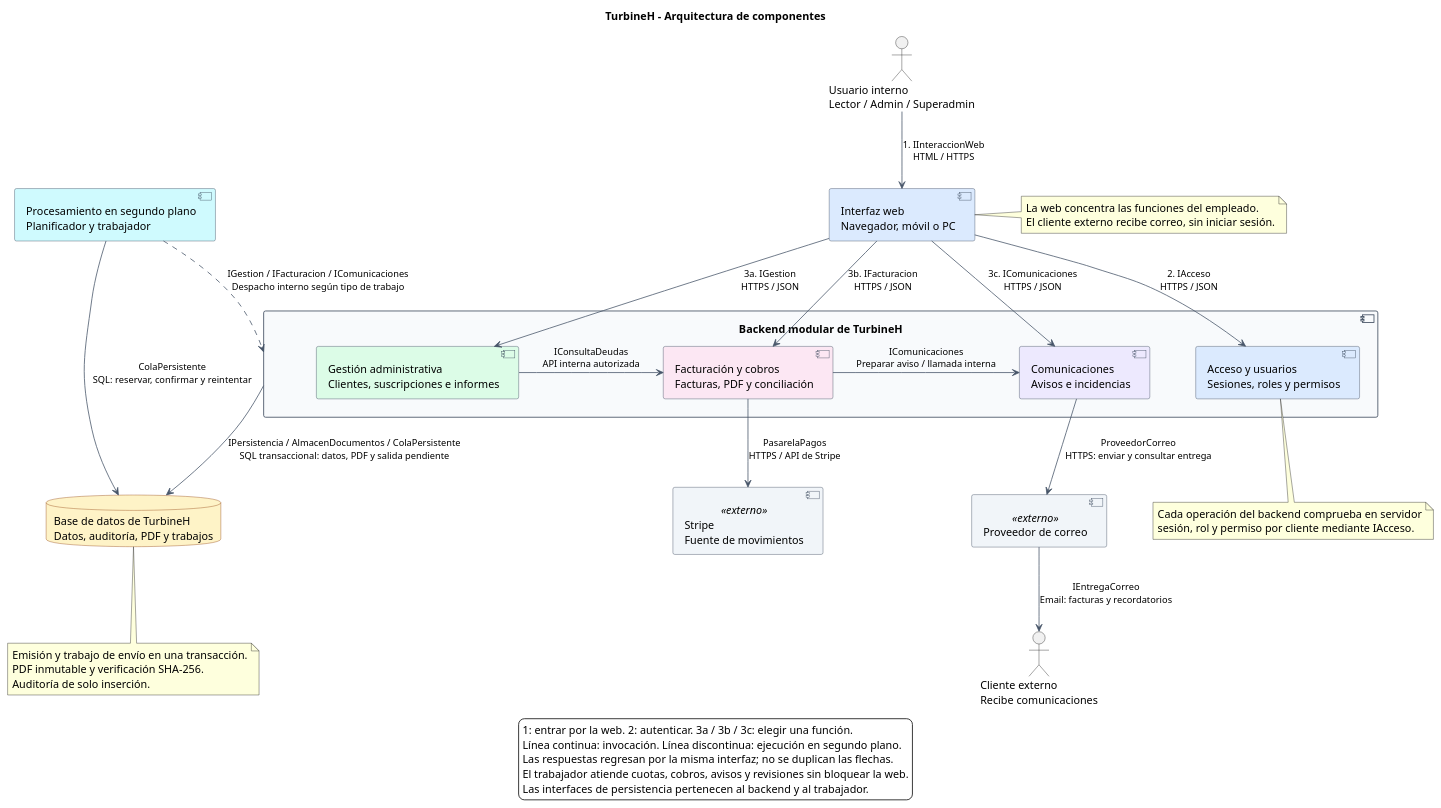
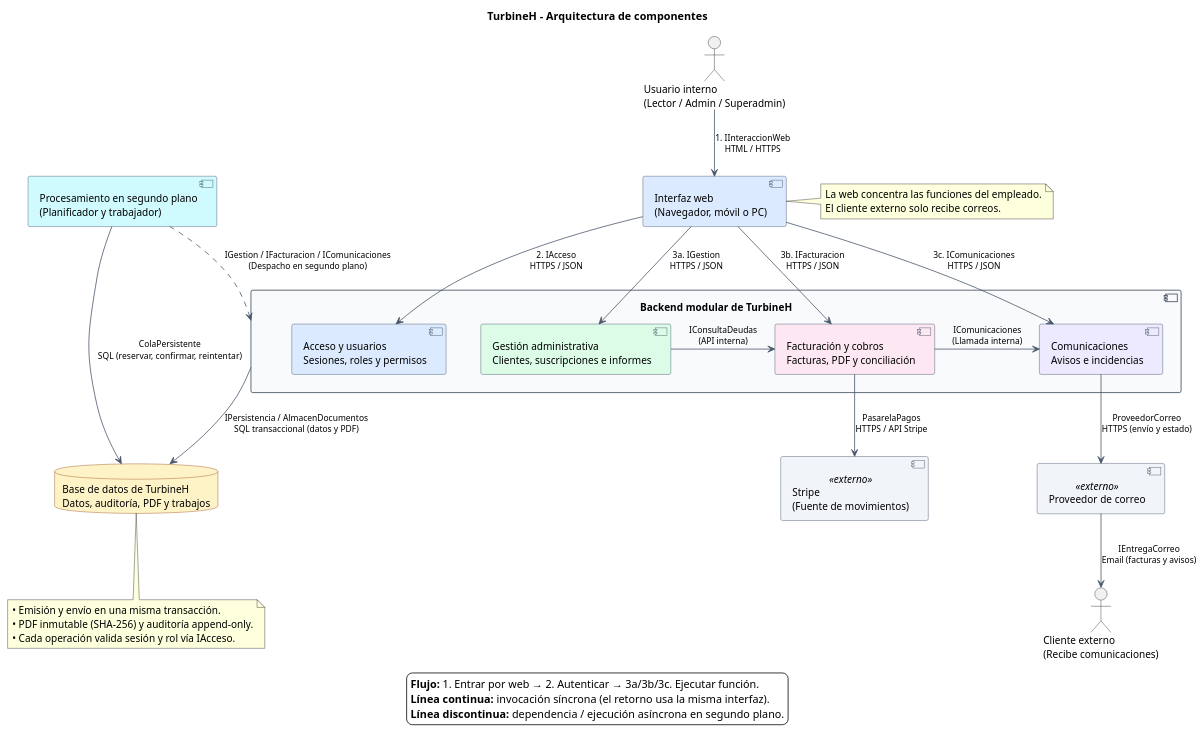
One commit to HBauty/Metodo-del-caso-ADAp changed the diagram in Diagrama_de_Arquitectura.puml. Above: the diagram before and after it, drawn with PlantUML.

```diff
--- a/Diagrama_de_Arquitectura.puml
+++ b/Diagrama_de_Arquitectura.puml
@@ -1,129 +1,86 @@
 @startuml TurbineH_arquitectura
-' UTF-8. Diagrama autocontenido, sin includes ni dependencias remotas.
-' Fuentes: Requisitos.md, Formalizacion_casos_de_uso.md,
-' Diagrama_de_Clases.puml y Sesion 1.7 de modelado arquitectonico.
-' Propuesta: arquitectura en capas, backend modular y trabajador asincrono.
-' Los modulos pertenecen a la misma aplicacion, no son microservicios.
-' Cada conector visible nombra el contrato/interfaz y su mecanismo.
-' Una flecha indica quien invoca o entrega; el retorno usa la misma interfaz.
-
 top to bottom direction
 skinparam backgroundColor #FFFFFF
 skinparam shadowing false
 skinparam defaultFontName Arial
-skinparam defaultFontSize 14
-skinparam ArrowFontSize 12
+skinparam defaultFontSize 13
+skinparam ArrowFontSize 11
 skinparam ArrowColor #475569
 skinparam componentStyle uml2
 skinparam packageStyle rectangle
-skinparam nodesep 60
-skinparam ranksep 65
+skinparam nodesep 45
+skinparam ranksep 55
+
 skinparam component {
   BackgroundColor #EFF6FF
   BorderColor #334155
 }
 skinparam database {
   BackgroundColor #FEF3C7
   BorderColor #92400E
 }
 
 title TurbineH - Arquitectura de componentes
 
-actor "Usuario interno\nLector / Admin / Superadmin" as USUARIO
+' --- CAPA DE PRESENTACIÓN ---
+actor "Usuario interno\n(Lector / Admin / Superadmin)" as USUARIO
+component "Interfaz web\n(Navegador, móvil o PC)" as WEB #DBEAFE
 
-component "Interfaz web\nNavegador, móvil o PC" as WEB #DBEAFE
-
+' --- CAPA DE LÓGICA DE NEGOCIO (BACKEND MODULAR) ---
 component "Backend modular de TurbineH" as APP #F8FAFC {
   component "Acceso y usuarios\nSesiones, roles y permisos" as ACCESO #DBEAFE
   component "Gestión administrativa\nClientes, suscripciones e informes" as GESTION #DCFCE7
   component "Facturación y cobros\nFacturas, PDF y conciliación" as FACTURACION #FCE7F3
   component "Comunicaciones\nAvisos e incidencias" as COMUNICACIONES #EDE9FE
+
+  ' Forzamos el orden horizontal limpio de izquierda a derecha
+  ACCESO -[hidden]right-> GESTION
+  GESTION -right-> FACTURACION : IConsultaDeudas\n(API interna)
+  FACTURACION -right-> COMUNICACIONES : IComunicaciones\n(Llamada interna)
 }
 
-component "Procesamiento en segundo plano\nPlanificador y trabajador" as TRABAJADOR #CFFAFE
+' --- PROCESAMIENTO ASÍNCRONO Y DATOS ---
+component "Procesamiento en segundo plano\n(Planificador y trabajador)" as TRABAJADOR #CFFAFE
 database "Base de datos de TurbineH\nDatos, auditoría, PDF y trabajos" as BD
 
-component "Stripe\nFuente de movimientos" as STRIPE <<externo>> #F1F5F9
+' --- SISTEMAS EXTERNOS ---
+component "Stripe\n(Fuente de movimientos)" as STRIPE <<externo>> #F1F5F9
 component "Proveedor de correo" as CORREO <<externo>> #F1F5F9
-actor "Cliente externo\nRecibe comunicaciones" as CLIENTE
+actor "Cliente externo\n(Recibe comunicaciones)" as CLIENTE
 
-' Entrada principal y operaciones interactivas.
+' --- CONEXIONES PRINCIPALES ---
 USUARIO -down-> WEB : 1. IInteraccionWeb\nHTML / HTTPS
+
 WEB -down-> ACCESO : 2. IAcceso\nHTTPS / JSON
 WEB -down-> GESTION : 3a. IGestion\nHTTPS / JSON
 WEB -down-> FACTURACION : 3b. IFacturacion\nHTTPS / JSON
 WEB -down-> COMUNICACIONES : 3c. IComunicaciones\nHTTPS / JSON
 
-' Colaboraciones dentro del mismo backend.
-GESTION -right-> FACTURACION : IConsultaDeudas\nAPI interna autorizada
-FACTURACION -right-> COMUNICACIONES : IComunicaciones\nPreparar aviso / llamada interna
+' --- CONEXIONES INFERIORES ---
+TRABAJADOR ..> APP : IGestion / IFacturacion / IComunicaciones\n(Despacho en segundo plano)
+TRABAJADOR -down-> BD : ColaPersistente\nSQL (reservar, confirmar, reintentar)
 
-' Interfaces de infraestructura requeridas por el backend en su conjunto.
-' El conector sale del limite del backend para evitar repetir una flecha
-' de persistencia por cada modulo. No significa acceso desde el navegador.
-APP -down-> BD : IPersistencia / AlmacenDocumentos / ColaPersistente\nSQL transaccional: datos, PDF y salida pendiente
+APP -down-> BD : IPersistencia / AlmacenDocumentos\nSQL transaccional (datos y PDF)
 
-' La cola duradera se implementa sobre la misma BD para limitar componentes.
-' El trabajador reutiliza los mismos servicios y reglas del backend.
-TRABAJADOR -down-> BD : ColaPersistente\nSQL: reservar, confirmar y reintentar
-TRABAJADOR ..> APP : IGestion / IFacturacion / IComunicaciones\nDespacho interno según tipo de trabajo
+FACTURACION -down-> STRIPE : PasarelaPagos\nHTTPS / API Stripe
+COMUNICACIONES -down-> CORREO : ProveedorCorreo\nHTTPS (envío y estado)
+CORREO -down-> CLIENTE : IEntregaCorreo\nEmail (facturas y avisos)
 
-' Integraciones externas: toda conexion explicita su interfaz.
-FACTURACION -down-> STRIPE : PasarelaPagos\nHTTPS / API de Stripe
-COMUNICACIONES -down-> CORREO : ProveedorCorreo\nHTTPS: enviar y consultar entrega
-CORREO -down-> CLIENTE : IEntregaCorreo\nEmail: facturas y recordatorios
-
+' --- NOTAS BREVES Y LIMPIAS ---
 note right of WEB
   La web concentra las funciones del empleado.
-  El cliente externo recibe correo, sin iniciar sesión.
-end note
-
-note bottom of ACCESO
-  Cada operación del backend comprueba en servidor
-  sesión, rol y permiso por cliente mediante IAcceso.
+  El cliente externo solo recibe correos.
 end note
 
 note bottom of BD
-  Emisión y trabajo de envío en una transacción.
-  PDF inmutable y verificación SHA-256.
-  Auditoría de solo inserción.
+  • Emisión y envío en una misma transacción.
+  • PDF inmutable (SHA-256) y auditoría append-only.
+  • Cada operación valida sesión y rol vía IAcceso.
 end note
 
 legend bottom
-  1: entrar por la web. 2: autenticar. 3a / 3b / 3c: elegir una función.
-  Línea continua: invocación. Línea discontinua: ejecución en segundo plano.
-  Las respuestas regresan por la misma interfaz; no se duplican las flechas.
-  El trabajador atiende cuotas, cobros, avisos y revisiones sin bloquear la web.
-  Las interfaces de persistencia pertenecen al backend y al trabajador.
+  <b>Flujo:</b> 1. Entrar por web → 2. Autenticar → 3a/3b/3c. Ejecutar función.
+  <b>Línea continua:</b> invocación síncrona (el retorno usa la misma interfaz).
+  <b>Línea discontinua:</b> dependencia / ejecución asíncrona en segundo plano.
 endlegend
-
-' Trazabilidad con el modelo de clases, sin añadir clases de negocio:
-' ACCESO: ServicioAcceso, Usuario, Sesion y AsignacionCliente.
-' GESTION: ServicioClientes, ServicioSupervision, Cliente, Contacto,
-' Etiqueta, Suscripcion, Tarifa, RevisionAnual, Nota, TareaInterna,
-' ConfiguracionSistema y Plantilla. FuenteVolumenSimulada es interna.
-' FACTURACION: ServicioFacturacion, ServicioCobros, ApiBajas, Factura,
-' LineaFactura, SerieFacturacion, Aprobacion, MovimientoPago y Documento.
-' COMUNICACIONES: ServicioComunicaciones, Comunicacion, IntentoEnvio,
-' IncidenciaEntrega; solicita tareas internas y usa los PDF ya guardados.
-' TRABAJADOR: Planificador, TrabajoAsincrono y adaptador de ColaPersistente.
-' BD: repositorios, RegistroAuditoria y adaptadores de AlmacenDocumentos
-' y ColaPersistente. BLOB inmutable para PDF; no se impone un SGBD.
-' STRIPE: AdaptadorStripe realiza PasarelaPagos.
-' CORREO: proveedor intercambiable mediante ProveedorCorreo.
-'
-' IGestion agrupa contratos de clientes, suscripciones y supervision.
-' IFacturacion agrupa contratos de facturas, excepciones y cobros.
-' IConsultaDeudas corresponde a ApiBajas.consultarFacturasPendientes.
-' Son contratos de los servicios existentes, no nuevas clases del dominio.
-'
-' Restricciones: sin acceso directo web-BD; backend independiente de Brain;
-' validacion fiscal y aprobaciones previas a emitir; rectificativas para
-' corregir facturas emitidas; Decimal para dinero y control por version.
-' Recordatorios configurables, errores aislados y claves de idempotencia.
-' ACEPTADO por el proveedor no significa ENTREGADO. Consultar el estado;
-' solo un fallo confirmado permite reenvio y abre una incidencia.
-' Guardar secretos recuperables cifrados fuera del repositorio, contrasenas
-' con hash seguro; copias y restauraciones probadas, retencion por categoria.
-
 @enduml
```
